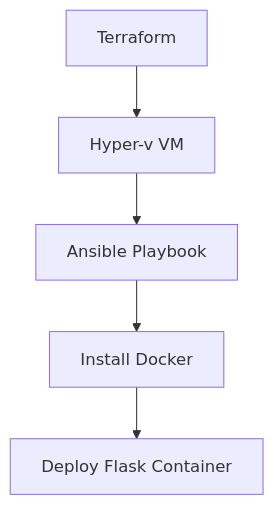
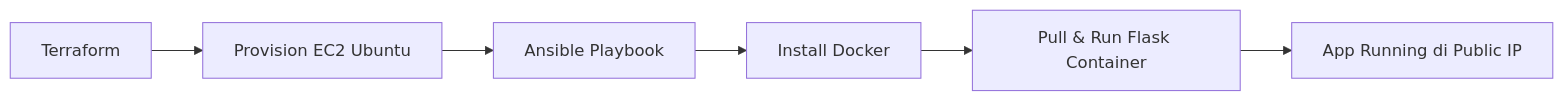
One commit to seizenz7/iac-terraform-ansible-vm changed the diagram in README.md. Above: the diagram before and after it, drawn with Mermaid. The commit also changed other lines of this file, not shown here.

````diff
--- a/README.md
+++ b/README.md
@@ -15,7 +15,8 @@
 ```mermaid
-flowchart 
-    A[Terraform] --> B[Hyper-v VM]
+flowchart LR
+    A[Terraform] --> B[Provision EC2 Ubuntu]
     B --> C[Ansible Playbook]
     C --> D[Install Docker]
-    D --> E[Deploy Flask Container]
+    D --> E[Pull & Run Flask Container]
+    E --> F[App Running di Public IP]
 ```
````
